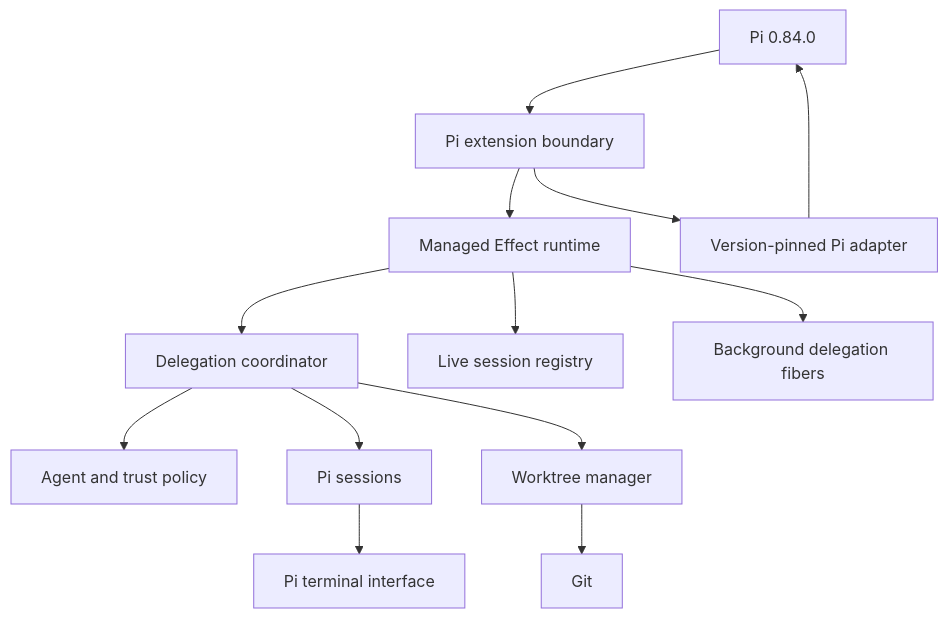
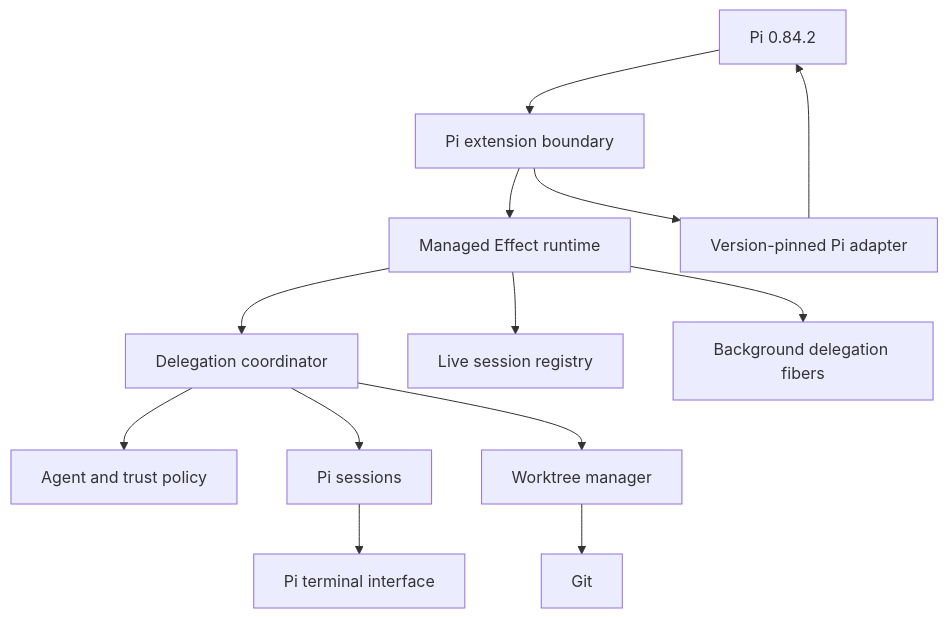
The diagram in README.md (CodeByPeete/pi-gentic), drawn with Mermaid before and after one commit. The commit also changed other lines of this file and 22 other files, not shown here.

````diff
--- a/README.md
+++ b/README.md
@@ -448,15 +450,15 @@
 ```mermaid
 flowchart TD
-    Pi[Pi 0.84.0] --> Boundary[Pi extension boundary]
+    Pi[Pi 0.84.2] --> Boundary[Pi extension boundary]
     Boundary --> Runtime[Managed Effect runtime]
     Runtime --> Coordinator[Delegation coordinator]
     Runtime --> Registry[Live session registry]
     Runtime --> Fibers[Background delegation fibers]
     Coordinator --> Policy[Agent and trust policy]
     Coordinator --> Sessions[Pi sessions]
     Coordinator --> Worktrees[Worktree manager]
     Worktrees --> Git[Git]
     Sessions --> UI[Pi terminal interface]
     Boundary --> Adapter[Version-pinned Pi adapter]
     Adapter --> Pi
 ```
````
